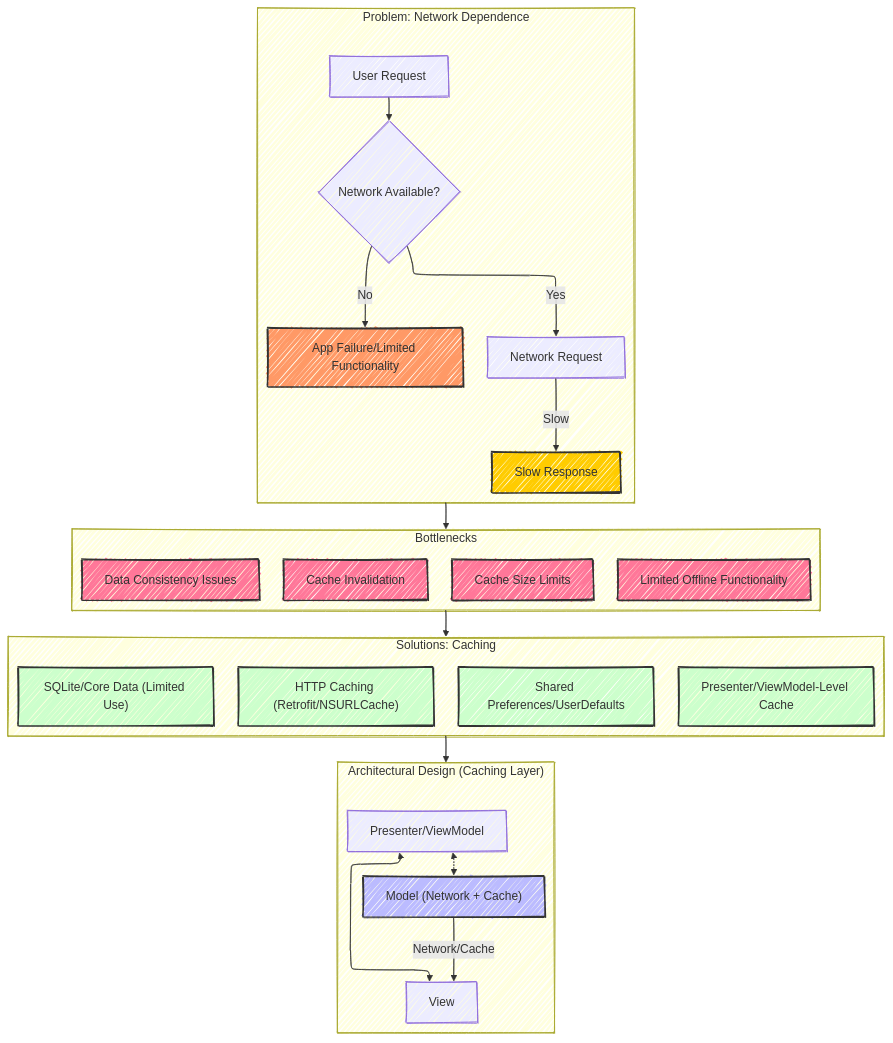
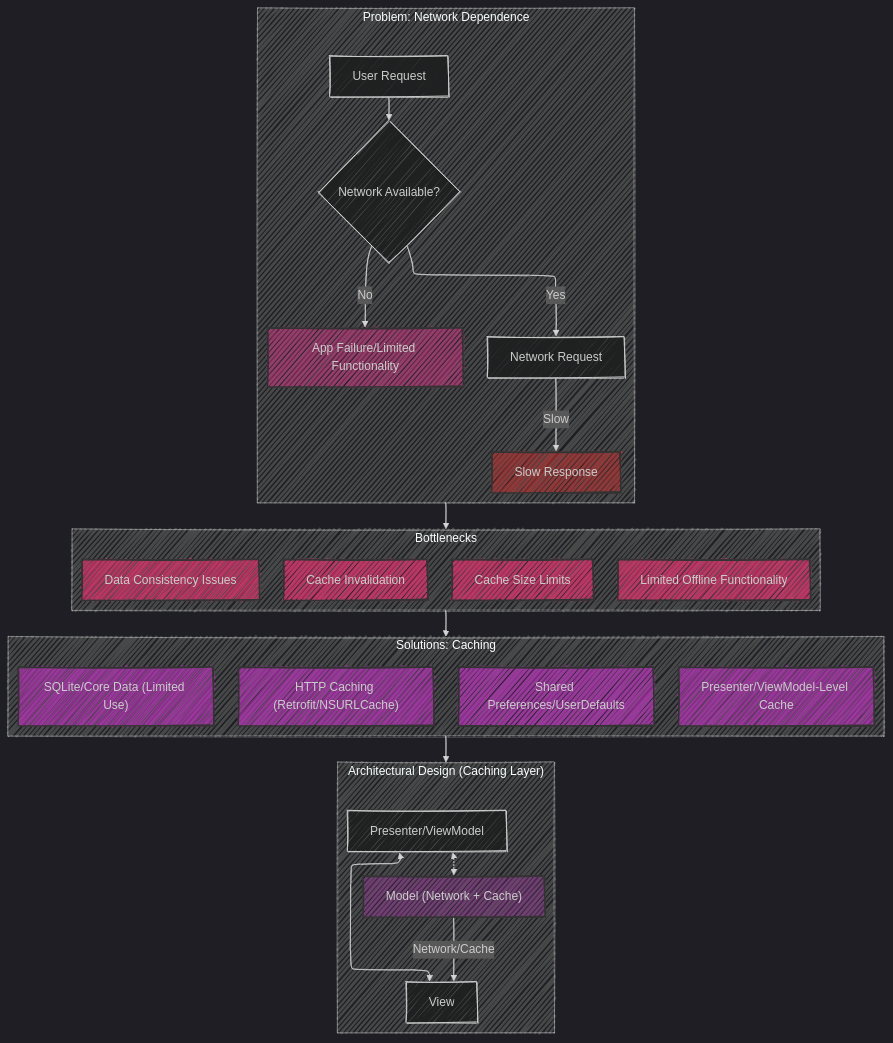
Before and after one commit to CongLeSolutionX/iOS-development-vault: the second of 5 diagrams in Offline_Mobile_App_Architecture /Offline_App_Architecture_Evolution.md, drawn with Mermaid. The commit also changed other lines of this file, not shown here.

Commit message:
update theme and styles

````diff
--- a/Offline_Mobile_App_Architecture /Offline_App_Architecture_Evolution.md
+++ b/Offline_Mobile_App_Architecture /Offline_App_Architecture_Evolution.md
@@ -81,54 +81,54 @@
 ```mermaid
 ---
 config:
   layout: elk
   look: handDrawn
-  theme: default
+  theme: dark
 ---
 flowchart TD
     subgraph Problem["Problem: Network Dependence"]
       A[User Request] --> B{Network Available?};
       B -- No --> C[App Failure/Limited Functionality];
       B -- Yes --> D[Network Request];
       D -- "Slow" --> E[Slow Response];
-      style C fill:#f96,stroke:#333,stroke-width:2px
-      style E fill:#ffcc00,stroke:#333,stroke-width:2px
+      style C fill:#f396,stroke:#333,stroke-width:2px
+      style E fill:#b339,stroke:#333,stroke-width:2px
     end
 
     subgraph Bottlenecks["Bottlenecks"]
         F[Cache Invalidation];
         G[Cache Size Limits];
         H[Data Consistency Issues];
         I[Limited Offline Functionality];
-        style F fill:#f79,stroke:#333,stroke-width:2px
-        style G fill:#f79,stroke:#333,stroke-width:2px
-        style H fill:#f79,stroke:#333,stroke-width:2px
-        style I fill:#f79,stroke:#333,stroke-width:2px
+        style F fill:#f379,stroke:#333,stroke-width:2px
+        style G fill:#f379,stroke:#333,stroke-width:2px
+        style H fill:#f379,stroke:#333,stroke-width:2px
+        style I fill:#f379,stroke:#333,stroke-width:2px
     end
 
     subgraph Solutions["Solutions: Caching"]
         J["HTTP Caching (Retrofit/NSURLCache)"];
         K[Shared Preferences/UserDefaults];
         L["SQLite/Core Data (Limited Use)"];
         M[Presenter/ViewModel-Level Cache];
-        style J fill:#ccffcc,stroke:#333,stroke-width:2px
-        style K fill:#ccffcc,stroke:#333,stroke-width:2px
-        style L fill:#ccffcc,stroke:#333,stroke-width:2px
-        style M fill:#ccffcc,stroke:#333,stroke-width:2px
+        style J fill:#c3c9,stroke:#333,stroke-width:2px
+        style K fill:#c3c9,stroke:#333,stroke-width:2px
+        style L fill:#c3c9,stroke:#333,stroke-width:2px
+        style M fill:#c3c9,stroke:#333,stroke-width:2px
     end
 
     subgraph New_Architectural_Design["Architectural Design (Caching Layer)"]
         N["Model (Network + Cache)"];
         O[View];
         P[Presenter/ViewModel];
         N --"Network/Cache"--> O;
         P <-.-> N;
         P <--> O;
 
-        style N fill:#bbf,stroke:#333,stroke-width:2px
+        style N fill:#b3b5,stroke:#333,stroke-width:2px
     end
 
     Problem --> Bottlenecks;
     Bottlenecks --> Solutions;
     Solutions --> New_Architectural_Design;
 ```
````
